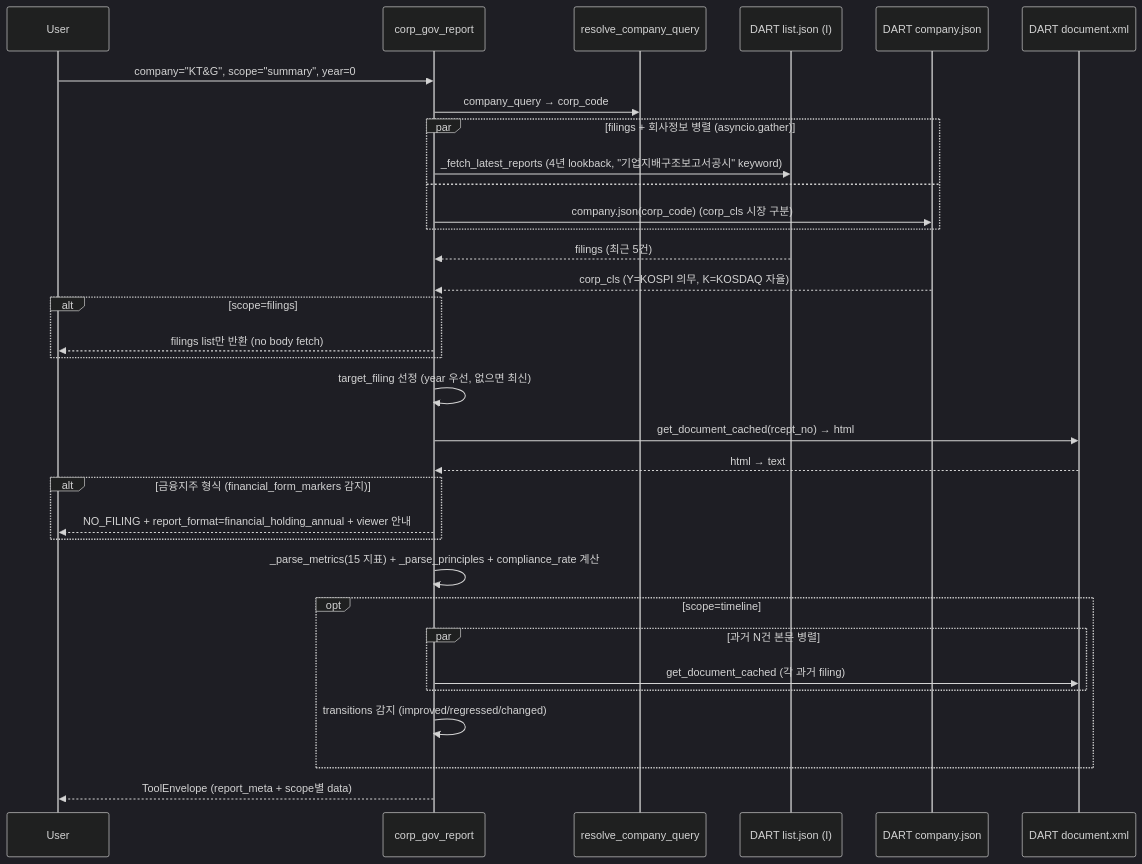
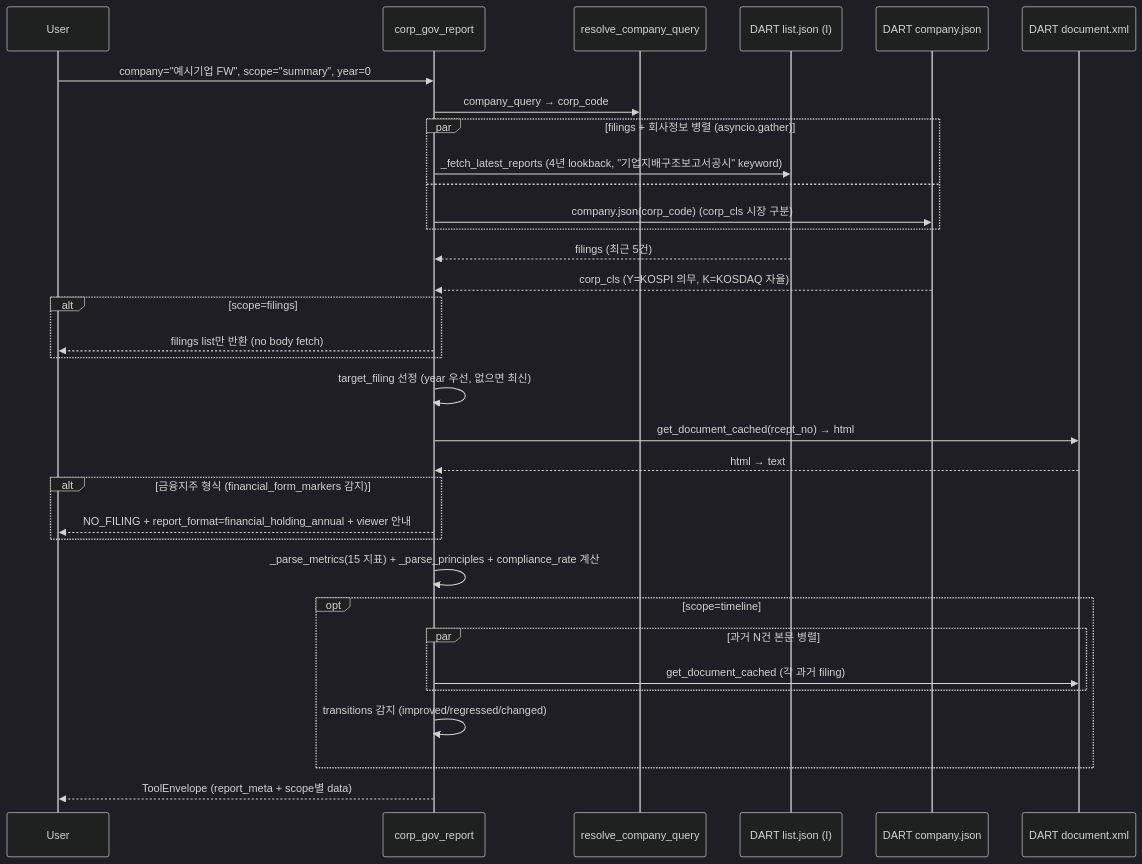
Before and after one commit to MarcoYou/open-proxy-mcp: the diagram in wiki/tools/corp_gov_report.md, drawn with Mermaid (dark theme). The commit also changed other lines of this file and 156 other files, not shown here.

````diff
--- a/wiki/tools/corp_gov_report.md
+++ b/wiki/tools/corp_gov_report.md
@@ -137,35 +139,35 @@
 ```mermaid
 sequenceDiagram
     participant U as User
     participant T as corp_gov_report
     participant R as resolve_company_query
     participant DL as DART list.json (I)
     participant DI as DART company.json
     participant DX as DART document.xml
-    U->>T: company="KT&G", scope="summary", year=0
+    U->>T: company="예시기업 FW", scope="summary", year=0
     T->>R: company_query → corp_code
     par filings + 회사정보 병렬 (asyncio.gather)
         T->>DL: _fetch_latest_reports (4년 lookback, "기업지배구조보고서공시" keyword)
     and
         T->>DI: company.json(corp_code) (corp_cls 시장 구분)
     end
     DL-->>T: filings (최근 5건)
     DI-->>T: corp_cls (Y=KOSPI 의무, K=KOSDAQ 자율)
     alt scope=filings
         T-->>U: filings list만 반환 (no body fetch)
     end
     T->>T: target_filing 선정 (year 우선, 없으면 최신)
     T->>DX: get_document_cached(rcept_no) → html
     DX-->>T: html → text
     alt 금융지주 형식 (financial_form_markers 감지)
         T-->>U: NO_FILING + report_format=financial_holding_annual + viewer 안내
     end
     T->>T: _parse_metrics(15 지표) + _parse_principles + compliance_rate 계산
     opt scope=timeline
         par 과거 N건 본문 병렬
             T->>DX: get_document_cached (각 과거 filing)
         end
         T->>T: transitions 감지 (improved/regressed/changed)
     end
     T-->>U: ToolEnvelope (report_meta + scope별 data)
 ```
````
